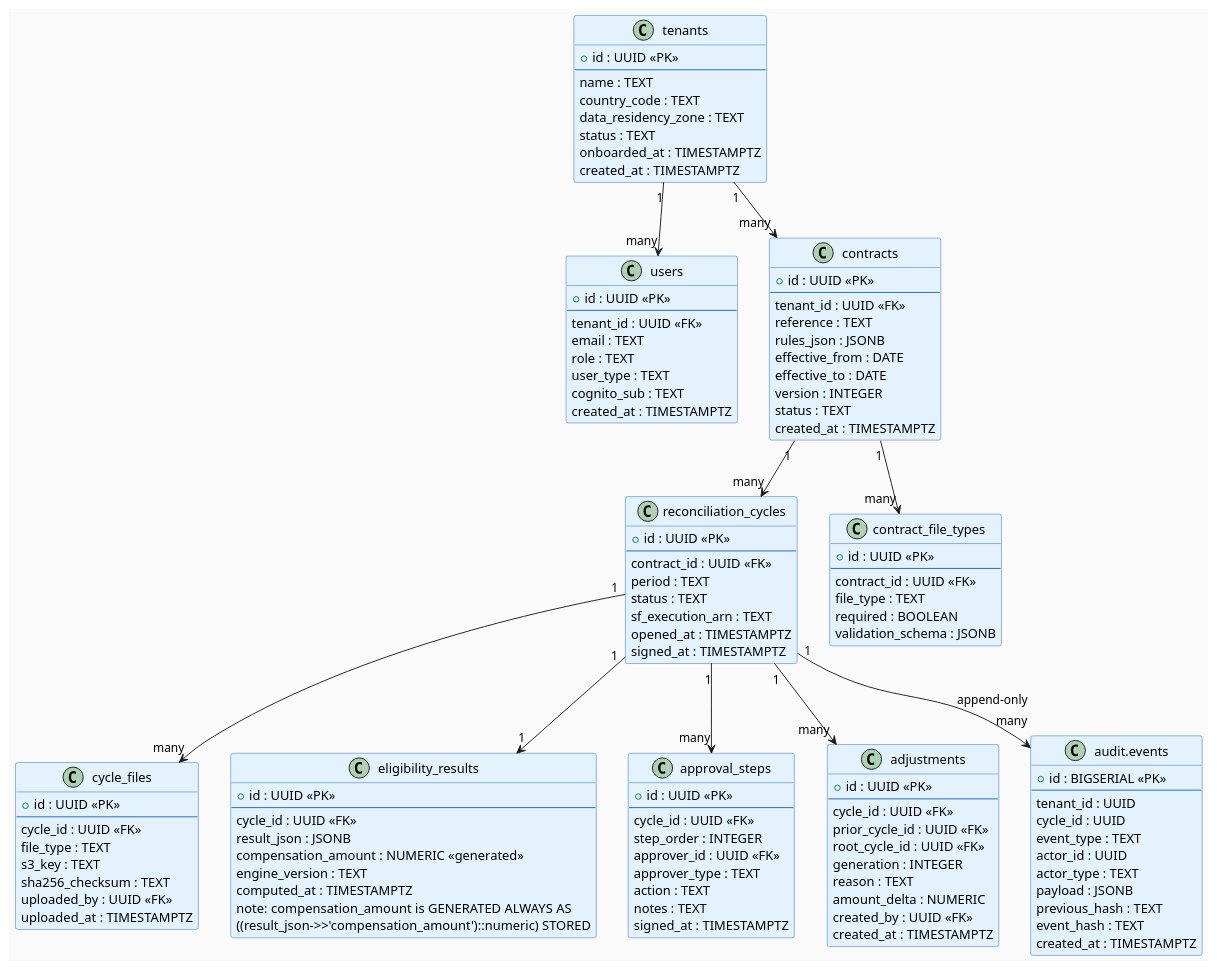
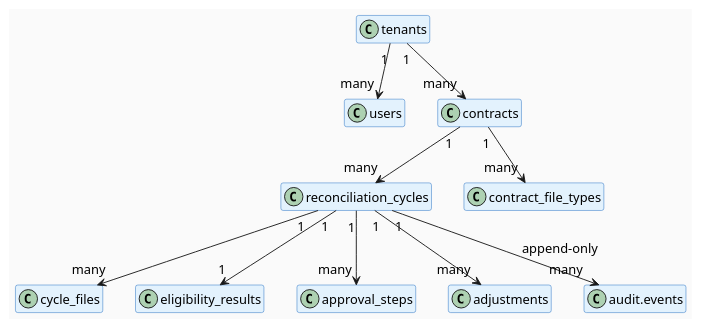
One commit to mosurekImagination/solution-architecture-case-studies changed the sixth of 8 diagrams in 03/docs/solution-design.adoc. Above: the diagram before and after it, drawn with PlantUML. The commit also changed other lines of this file and 7 other files, not shown here.

```diff
--- a/03/docs/solution-design.adoc
+++ b/03/docs/solution-design.adoc
@@ -820,124 +737,21 @@
 @startuml
 skinparam backgroundColor #fafafa
 skinparam defaultFontName Arial
+skinparam defaultFontSize 14
 skinparam classBackgroundColor #E3F2FD
 skinparam classBorderColor #1565C0
+hide members
 
-class tenants {
-  + id : UUID <<PK>>
-  --
-  name : TEXT
-  country_code : TEXT
-  data_residency_zone : TEXT
-  status : TEXT
-  onboarded_at : TIMESTAMPTZ
-  created_at : TIMESTAMPTZ
-}
-
-class users {
-  + id : UUID <<PK>>
-  --
-  tenant_id : UUID <<FK>>
-  email : TEXT
-  role : TEXT
-  user_type : TEXT
-  cognito_sub : TEXT
-  created_at : TIMESTAMPTZ
-}
-
-class contracts {
-  + id : UUID <<PK>>
-  --
-  tenant_id : UUID <<FK>>
-  reference : TEXT
-  rules_json : JSONB
-  effective_from : DATE
-  effective_to : DATE
-  version : INTEGER
-  status : TEXT
-  created_at : TIMESTAMPTZ
-}
-
-class reconciliation_cycles {
-  + id : UUID <<PK>>
-  --
-  contract_id : UUID <<FK>>
-  period : TEXT
-  status : TEXT
-  sf_execution_arn : TEXT
-  opened_at : TIMESTAMPTZ
-  signed_at : TIMESTAMPTZ
-}
-
-class contract_file_types {
-  + id : UUID <<PK>>
-  --
-  contract_id : UUID <<FK>>
-  file_type : TEXT
-  required : BOOLEAN
-  validation_schema : JSONB
-}
-
-class cycle_files {
-  + id : UUID <<PK>>
-  --
-  cycle_id : UUID <<FK>>
-  file_type : TEXT
-  s3_key : TEXT
-  sha256_checksum : TEXT
-  uploaded_by : UUID <<FK>>
-  uploaded_at : TIMESTAMPTZ
-}
-
-class eligibility_results {
-  + id : UUID <<PK>>
-  --
-  cycle_id : UUID <<FK>>
-  result_json : JSONB
-  compensation_amount : NUMERIC <<generated>>
-  engine_version : TEXT
-  computed_at : TIMESTAMPTZ
-  note: compensation_amount is GENERATED ALWAYS AS\n((result_json->>'compensation_amount')::numeric) STORED
-}
-
-class approval_steps {
-  + id : UUID <<PK>>
-  --
-  cycle_id : UUID <<FK>>
-  step_order : INTEGER
-  approver_id : UUID <<FK>>
-  approver_type : TEXT
-  action : TEXT
-  notes : TEXT
-  signed_at : TIMESTAMPTZ
-}
-
-class adjustments {
-  + id : UUID <<PK>>
-  --
-  cycle_id : UUID <<FK>>
-  prior_cycle_id : UUID <<FK>>
-  root_cycle_id : UUID <<FK>>
-  generation : INTEGER
-  reason : TEXT
-  amount_delta : NUMERIC
-  created_by : UUID <<FK>>
-  created_at : TIMESTAMPTZ
-}
-
-class "audit.events" as audit_events {
-  + id : BIGSERIAL <<PK>>
-  --
-  tenant_id : UUID
-  cycle_id : UUID
-  event_type : TEXT
-  actor_id : UUID
-  actor_type : TEXT
-  payload : JSONB
-  previous_hash : TEXT
-  event_hash : TEXT
-  created_at : TIMESTAMPTZ
-}
+class tenants
+class users
+class contracts
+class reconciliation_cycles
+class contract_file_types
+class cycle_files
+class eligibility_results
+class approval_steps
+class adjustments
+class "audit.events" as audit_events
 
 tenants "1" --> "many" contracts
 tenants "1" --> "many" users
```
